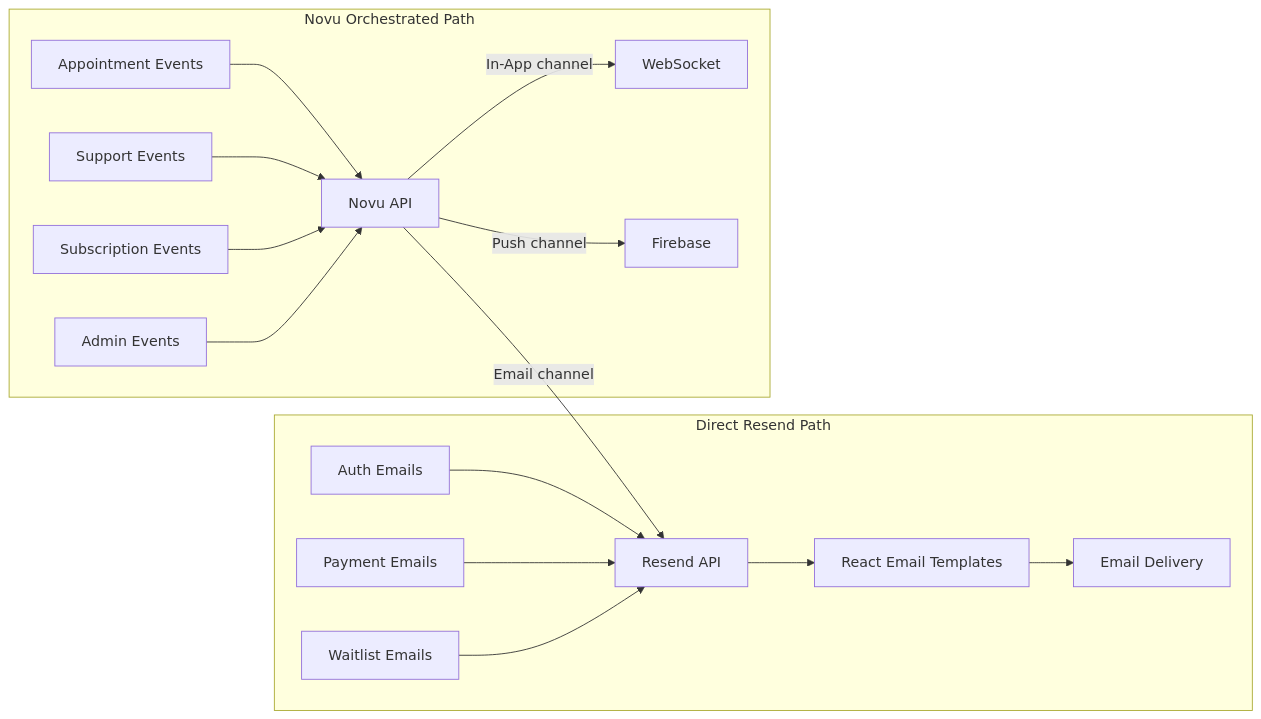
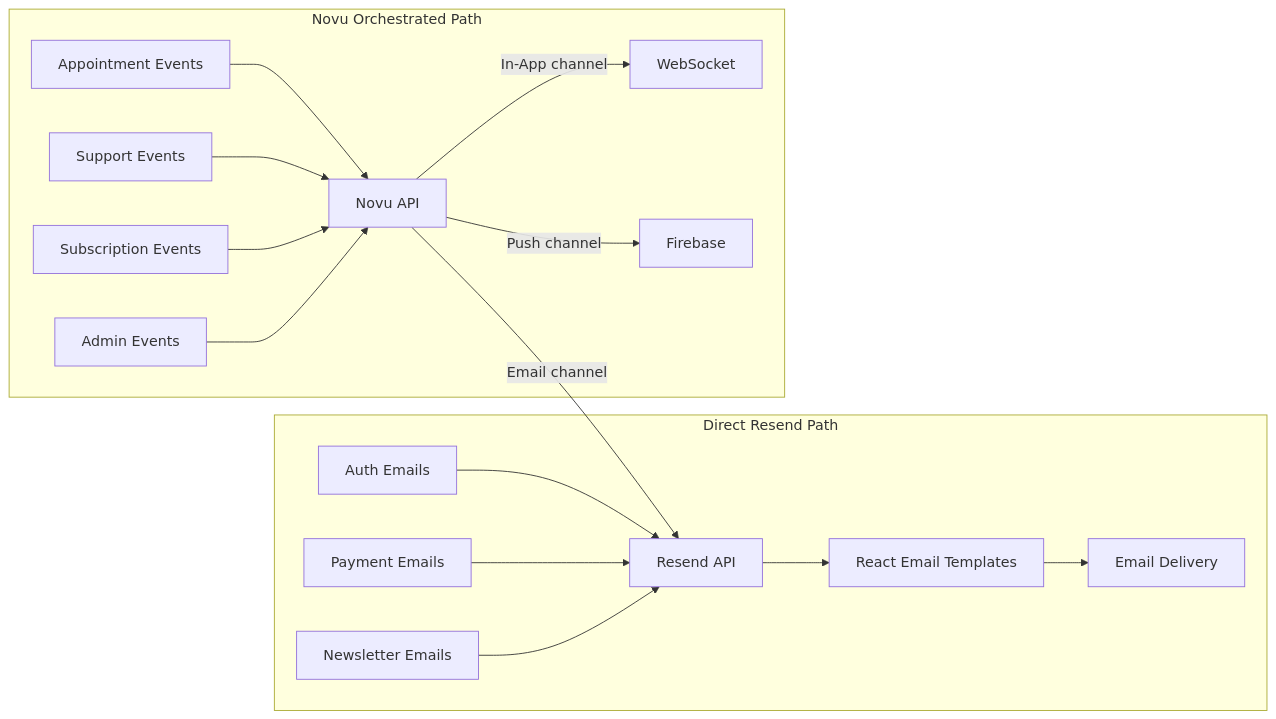
The first of 6 diagrams in docs/notifications/01-architecture.md (Practitionist/familiarise_web), drawn with Mermaid before and after one commit. The commit also changed other lines of this file and 181 other files, not shown here.

````diff
--- a/docs/notifications/01-architecture.md
+++ b/docs/notifications/01-architecture.md
@@ -16,20 +16,20 @@
 ```mermaid
 graph LR
     subgraph "Direct Resend Path"
         A1[Auth Emails] --> R[Resend API]
         A2[Payment Emails] --> R
-        A3[Waitlist Emails] --> R
+        A3[Newsletter Emails] --> R
         R --> T[React Email Templates]
         T --> D[Email Delivery]
     end
 
     subgraph "Novu Orchestrated Path"
         B1[Appointment Events] --> N[Novu API]
         B2[Support Events] --> N
         B3[Subscription Events] --> N
         B4[Admin Events] --> N
         N -->|Email channel| R
         N -->|In-App channel| WS[WebSocket]
         N -->|Push channel| FCM[Firebase]
     end
 ```
````
